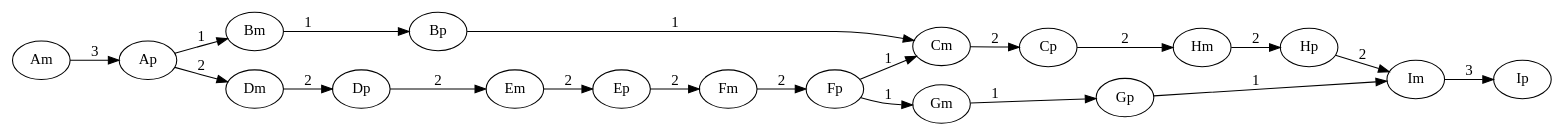
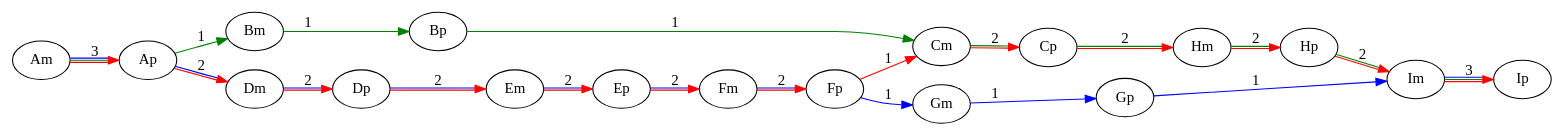
One commit to gianlu01/MinimumPathCover changed the diagram in Grafi/Grafo 1 flow.dot. Above: the diagram before and after it, drawn with Graphviz. The commit also changed 6 other files, not shown here.

```diff
--- a/Grafi/Grafo 1 flow.dot
+++ b/Grafi/Grafo 1 flow.dot
@@ -1,22 +1,22 @@
 digraph{
 	rankdir=LR
-	Am -> Ap [label=3]
-	Ap -> Bm [label=1]
-	Ap -> Dm [label=2]
-	Bm -> Bp [label=1]
-	Bp -> Cm [label=1]
-	Dm -> Dp [label=2]
-	Dp -> Em [label=2]
-	Cm -> Cp [label=2]
-	Cp -> Hm [label=2]
-	Hm -> Hp [label=2]
-	Hp -> Im [label=2]
-	Em -> Ep [label=2]
-	Ep -> Fm [label=2]
-	Fm -> Fp [label=2]
-	Fp -> Gm [label=1]
-	Fp -> Cm [label=1]
-	Gm -> Gp [label=1]
-	Gp -> Im [label=1]
-	Im -> Ip [label=3]
+	Am -> Ap [label=3  color="red:green:blue"]
+	Ap -> Bm [label=1  color="green"]
+	Ap -> Dm [label=2  color="red:blue"]
+	Bm -> Bp [label=1  color="green"]
+	Bp -> Cm [label=1  color="green"]
+	Dm -> Dp [label=2  color="red:blue"]
+	Dp -> Em [label=2  color="red:blue"]
+	Cm -> Cp [label=2  color="red:green"]
+	Cp -> Hm [label=2  color="red:green"]
+	Hm -> Hp [label=2  color="red:green"]
+	Hp -> Im [label=2  color="red:green"]
+	Em -> Ep [label=2  color="red:blue"]
+	Ep -> Fm [label=2  color="red:blue"]
+	Fm -> Fp [label=2  color="red:blue"]
+	Fp -> Gm [label=1  color="blue"]
+	Fp -> Cm [label=1  color="red"]
+	Gm -> Gp [label=1  color="blue"]
+	Gp -> Im [label=1  color="blue"]
+	Im -> Ip [label=3  color="red:green:blue"]
 }
```
